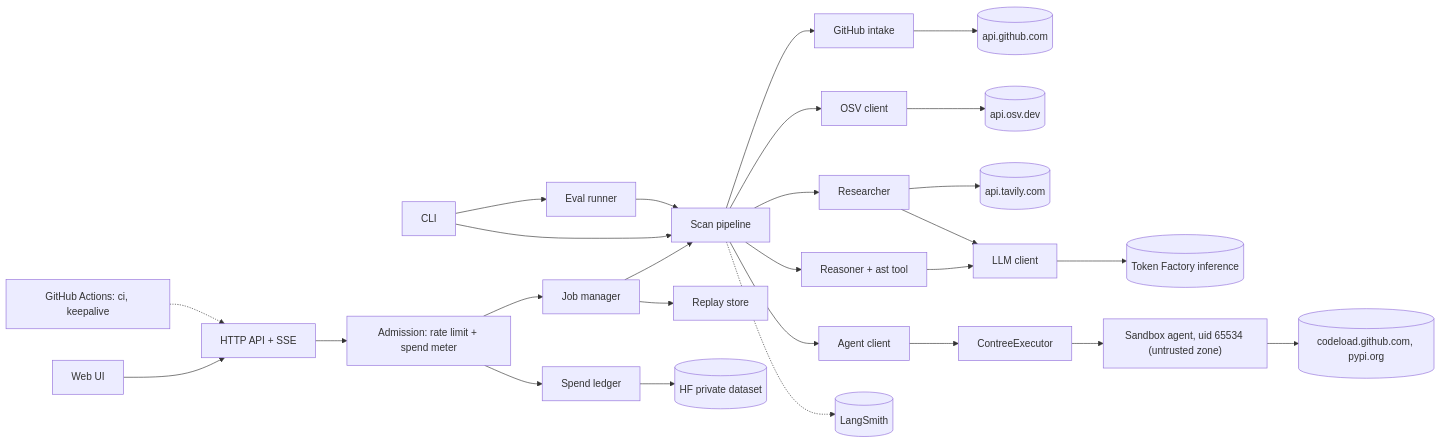
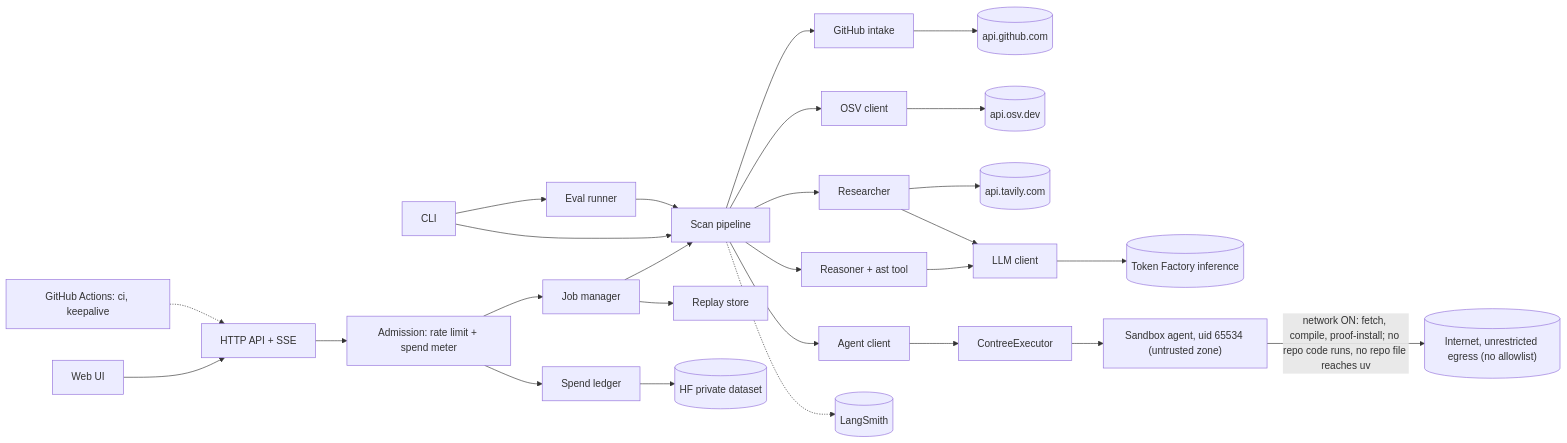
One commit to jegadeesh17/ProveItReachable changed the diagram in docs/ARCHITECTURE.md. Above: the diagram before and after it, drawn with Mermaid. The commit also changed other lines of this file and 2 other files, not shown here.

````diff
--- a/docs/ARCHITECTURE.md
+++ b/docs/ARCHITECTURE.md
@@ -44,18 +43,17 @@
 ```mermaid
 flowchart LR
   UI["Web UI"] --> API["HTTP API + SSE"] --> ADM["Admission: rate limit + spend meter"] --> JOBS["Job manager"]
-  JOBS --> PIPE["Scan pipeline"]
-  JOBS --> REPLAY["Replay store"]
+  JOBS --> PIPE["Scan pipeline"] & REPLAY["Replay store"]
   CLI["CLI"] --> PIPE
   CLI --> EVAL["Eval runner"] --> PIPE
   ADM --> LEDGER["Spend ledger"] --> HFDS[("HF private dataset")]
   PIPE --> GH["GitHub intake"] --> GHAPI[("api.github.com")]
   PIPE --> OSVC["OSV client"] --> OSV[("api.osv.dev")]
   PIPE --> RES["Researcher"] --> TAV[("api.tavily.com")]
   PIPE --> REASON["Reasoner + ast tool"] --> LLM["LLM client"] --> TF[("Token Factory inference")]
   RES --> LLM
   PIPE --> AGENTC["Agent client"] --> EXEC["ContreeExecutor"] --> AGENT["Sandbox agent, uid 65534 (untrusted zone)"]
-  AGENT --> NET[("codeload.github.com, pypi.org")]
+  AGENT -->|"network ON: fetch, compile, proof-install; no repo code runs, no repo file reaches uv"| NET[("Internet, unrestricted egress (no allowlist)")]
   PIPE -.-> LS[("LangSmith")]
   GHA["GitHub Actions: ci, keepalive"] -.-> API
 ```
````
